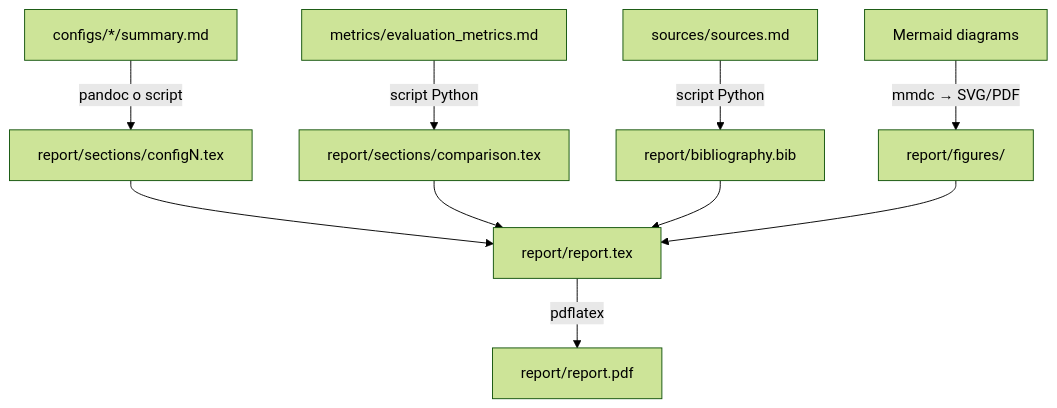
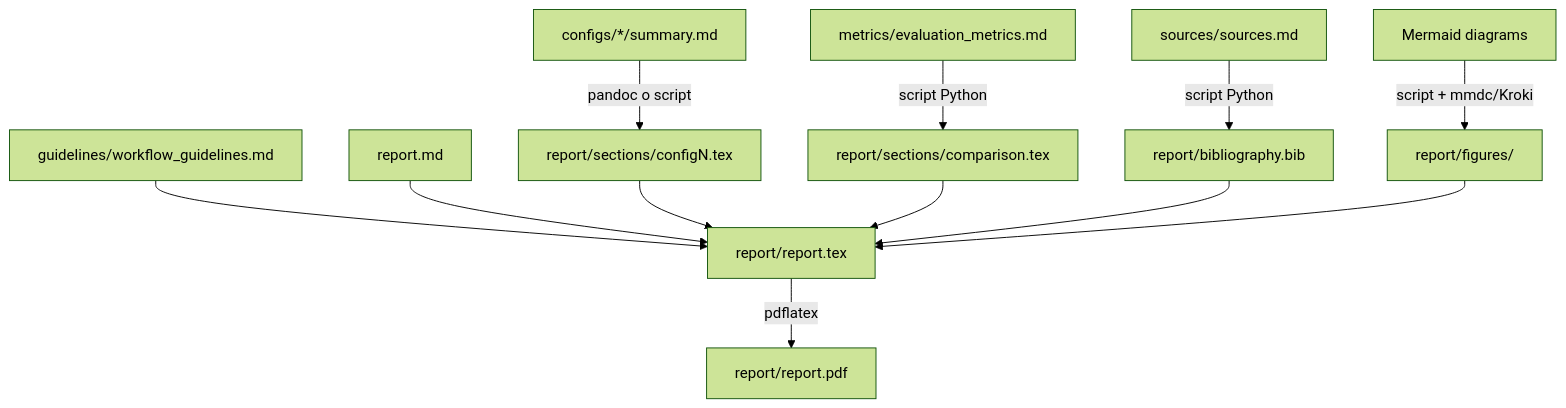
One commit to 293459/AeroWorkflow changed the diagram in airspeeder-aero-workflow/assembly_guide.md. Above: the diagram before and after it, drawn with Mermaid (forest theme). The commit also changed other lines of this file and 3 other files, not shown here.

First line of the commit message:
docs: add workflow governance guidelines

````diff
--- a/airspeeder-aero-workflow/assembly_guide.md
+++ b/airspeeder-aero-workflow/assembly_guide.md
@@ -53,14 +53,16 @@
 ```mermaid
 flowchart TD
     A[configs/*/summary.md] -->|pandoc o script| B[report/sections/configN.tex]
     C[metrics/evaluation_metrics.md] -->|script Python| D[report/sections/comparison.tex]
     E[sources/sources.md] -->|script Python| F[report/bibliography.bib]
-    G[Mermaid diagrams] -->|mmdc → SVG/PDF| H[report/figures/]
+    G[Mermaid diagrams] -->|script + mmdc/Kroki| H[report/figures/]
+    K[guidelines/workflow_guidelines.md] --> I
+    L[report.md] --> I
     
     B --> I[report/report.tex]
     D --> I
     F --> I
     H --> I
     
     I -->|pdflatex| J[report/report.pdf]
 ```
````
